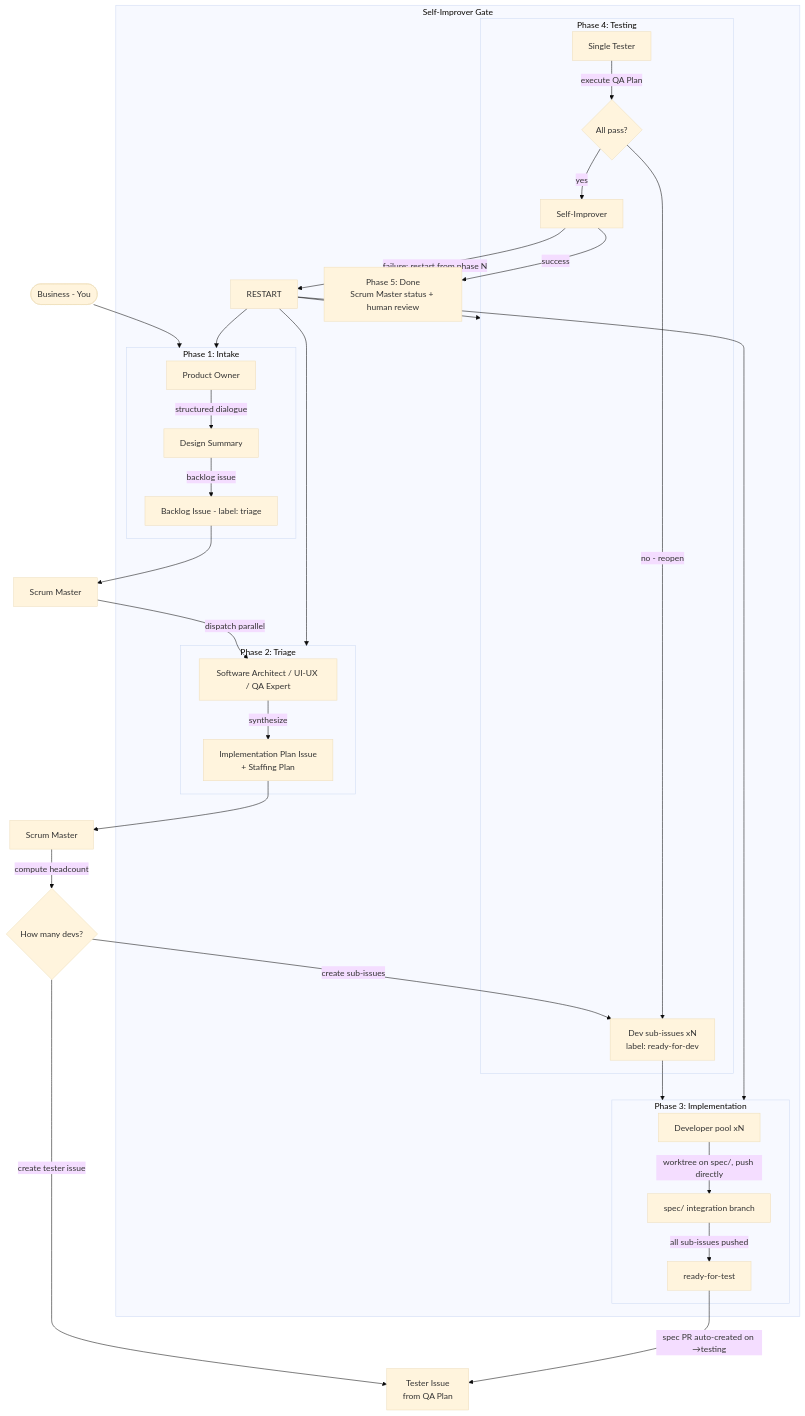
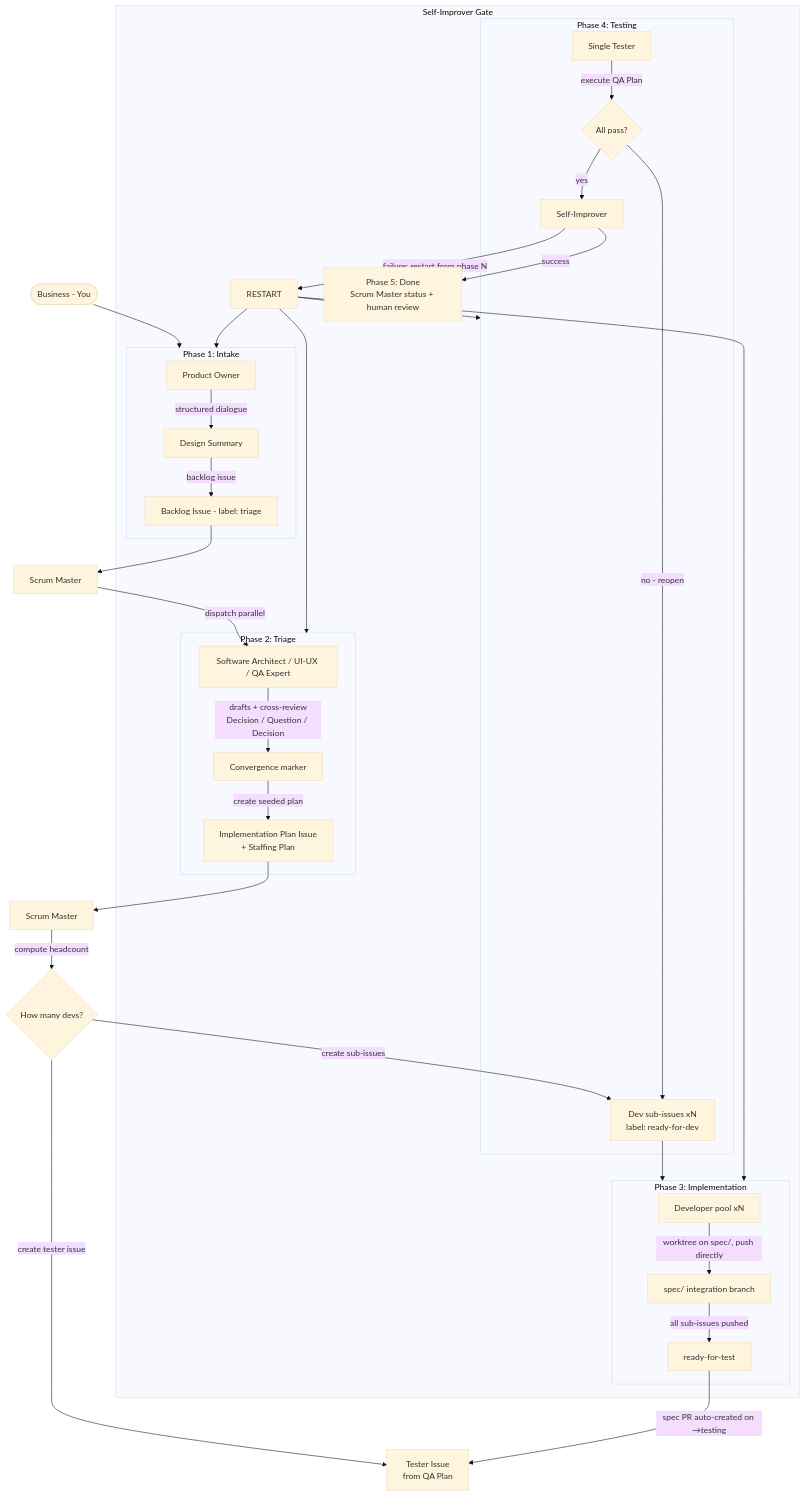
The diagram in docs/agentic-pipeline/pipeline.md (FredoAi/fredo), drawn with Mermaid (base theme) before and after one commit. The commit also changed other lines of this file and 10 other files, not shown here.

First line of the commit message:
feat(pipeline): triage deliberation protocol + machine-seeded plan template

````diff
--- a/docs/agentic-pipeline/pipeline.md
+++ b/docs/agentic-pipeline/pipeline.md
@@ -14,49 +14,50 @@
 ```mermaid
 flowchart TD
     B([Business - You]) --> P1
 
     subgraph P1[Phase 1: Intake]
         PO[Product Owner]
         PO --> |structured dialogue| SUM[Design Summary]
         SUM --> |backlog issue| BL[Backlog Issue - label: triage]
     end
 
     BL --> SM1[Scrum Master]
     SM1 --> |dispatch parallel| TRIAGE
     subgraph P2[Phase 2: Triage]
         TRIAGE[Software Architect / UI-UX / QA Expert]
-        TRIAGE --> |synthesize| IP[Implementation Plan Issue<br/>+ Staffing Plan]
+        TRIAGE --> |drafts + cross-review<br/>Decision / Question / Decision| CONV[Convergence marker]
+        CONV --> |create seeded plan| IP[Implementation Plan Issue<br/>+ Staffing Plan]
     end
 
     IP --> SM2[Scrum Master]
     SM2 --> |compute headcount| HEAD{How many devs?}
     HEAD --> |create sub-issues| SUB[Dev sub-issues xN<br/>label: ready-for-dev]
     HEAD --> |create tester issue| TIS[Tester Issue<br/>from QA Plan]
 
     SUB --> P3
     subgraph P3[Phase 3: Implementation]
         DEV[Developer pool xN]
         DEV --> |worktree on spec/<N>, push directly| SPEC[spec/<N> integration branch]
         SPEC --> |all sub-issues pushed| READY[ready-for-test]
     end
 
     READY --> |spec PR auto-created on →testing| TIS
     subgraph P4[Phase 4: Testing]
         T[Single Tester]
         T --> |execute QA Plan| VERDICT{All pass?}
         VERDICT --> |no - reopen| SUB
         VERDICT --> |yes| AUDIT
     end
 
     subgraph GATE[Self-Improver Gate]
         AUDIT[Self-Improver]
         AUDIT --> |success| DONE2
         AUDIT --> |failure: restart from phase N| RESTART
         RESTART --> P1
         RESTART --> P2
         RESTART --> P3
         RESTART --> P4
     end
 
     DONE2[Phase 5: Done<br/>Scrum Master status + human review]
 ```
````
